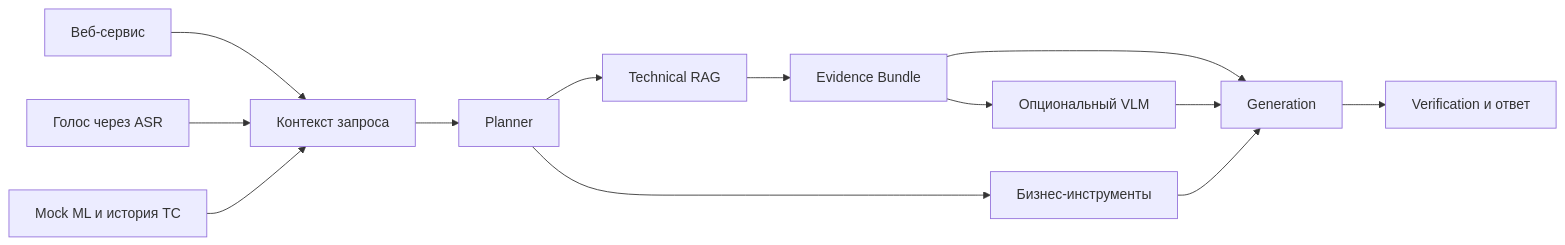
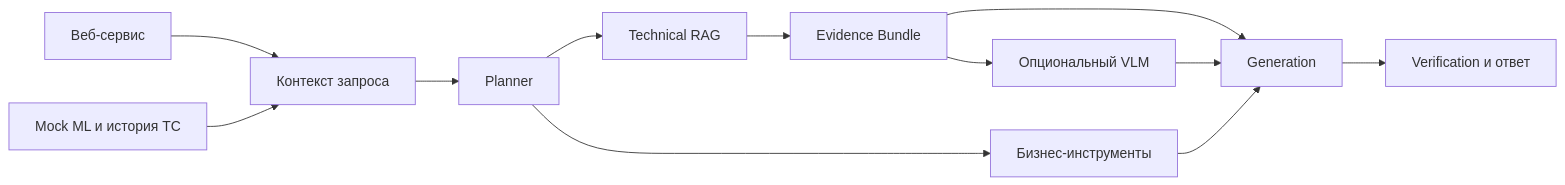
One commit to ofdun/ai-mechanic changed the second of 2 diagrams in docs/shared-project-context.md. Above: the diagram before and after it, drawn with Mermaid. The commit also changed other lines of this file and 1 other file, not shown here.

````diff
--- a/docs/shared-project-context.md
+++ b/docs/shared-project-context.md
@@ -129,15 +129,14 @@
 ```mermaid
 flowchart LR
     W[Веб-сервис] --> C[Контекст запроса]
-    S[Голос через ASR] --> C
     M[Mock ML и история ТС] --> C
     C --> P[Planner]
     P --> R[Technical RAG]
     P --> T[Бизнес-инструменты]
     R --> E[Evidence Bundle]
     E --> V[Опциональный VLM]
     E --> G[Generation]
     V --> G
     T --> G
     G --> Q[Verification и ответ]
 ```
````
